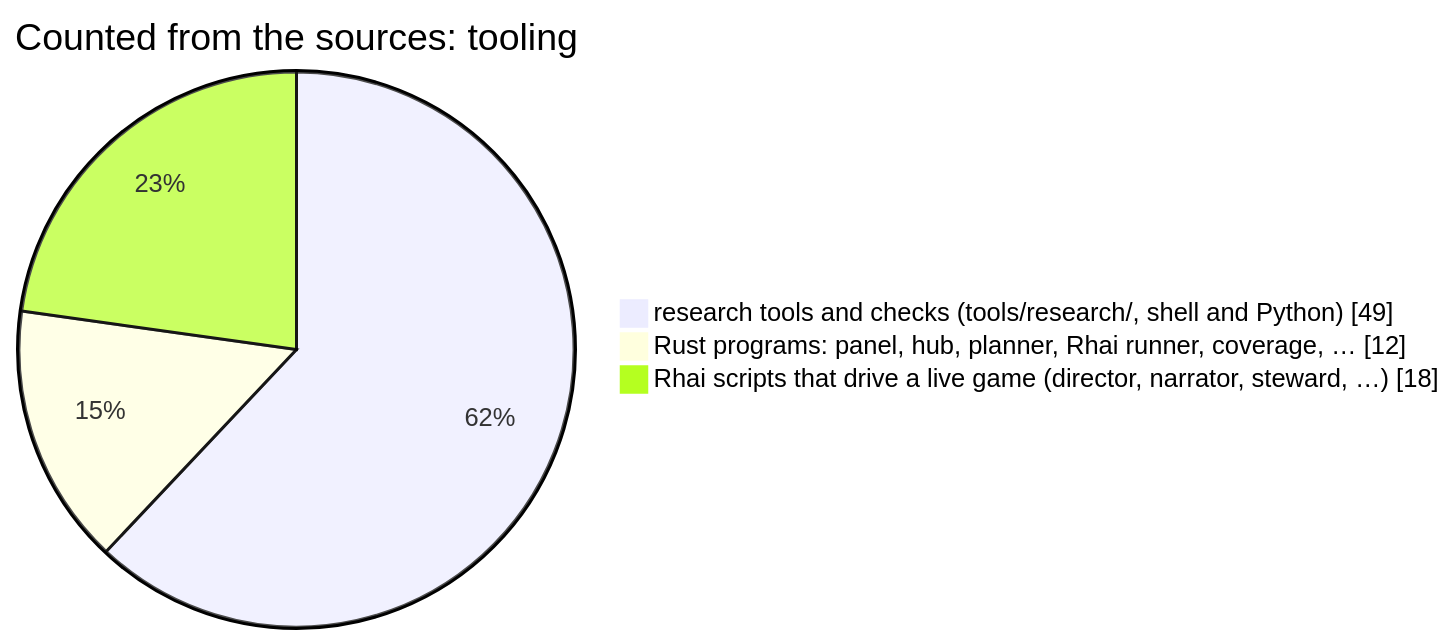
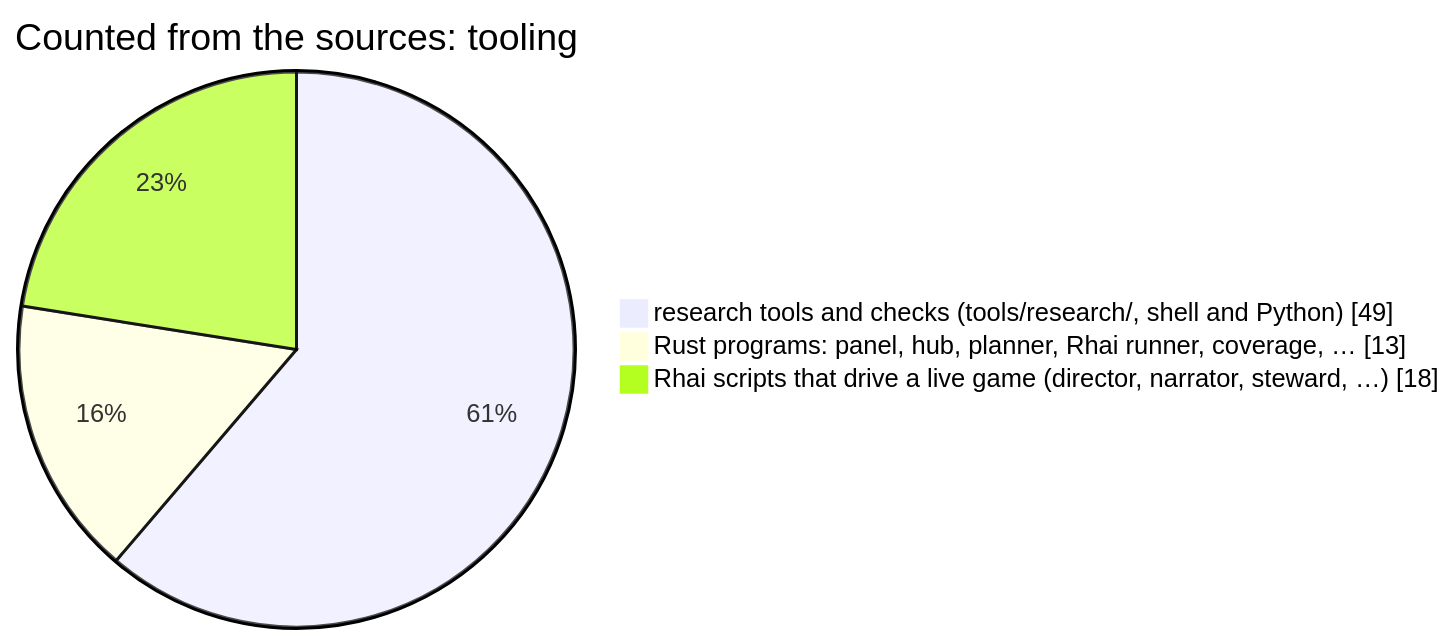
One commit to korczis/OpenTTD changed the seventh of 12 diagrams in README.md. Above: the diagram before and after it, drawn with Mermaid. The commit also changed other lines of this file and 10 other files, not shown here.

````diff
--- a/README.md
+++ b/README.md
@@ -798,6 +798,6 @@
 ```mermaid
 pie showData title Counted from the sources: tooling
     "research tools and checks (tools/research/, shell and Python)" : 49
-    "Rust programs: panel, hub, planner, Rhai runner, coverage, …" : 12
+    "Rust programs: panel, hub, planner, Rhai runner, coverage, …" : 13
     "Rhai scripts that drive a live game (director, narrator, steward, …)" : 18
 ```
````
